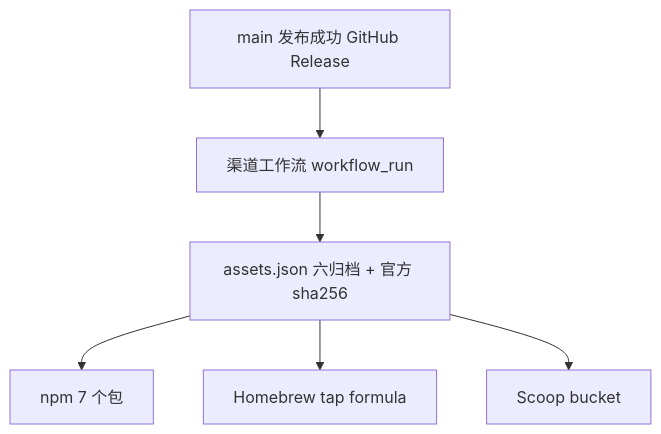
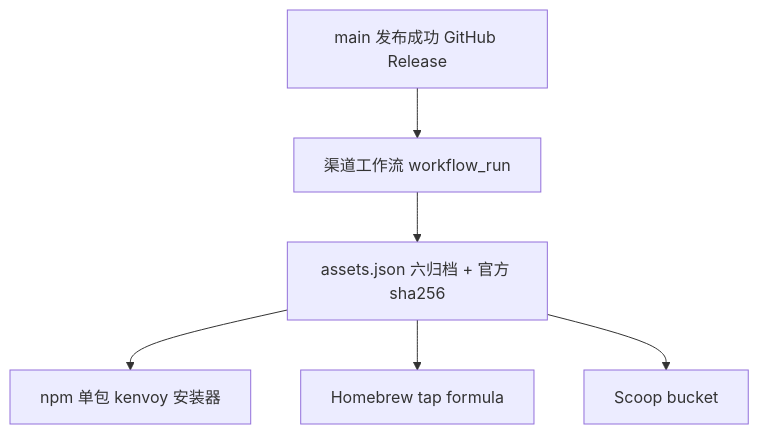
Before and after one commit to zerobiubiu/kenvoy: the diagram in docs/operations/distribution-channels.md, drawn with Mermaid. The commit also changed other lines of this file and 34 other files, not shown here.

````diff
--- a/docs/operations/distribution-channels.md
+++ b/docs/operations/distribution-channels.md
@@ -7,8 +7,8 @@
 ```mermaid
 flowchart TD
   A[main 发布成功 GitHub Release] --> B[渠道工作流 workflow_run]
   B --> C[assets.json 六归档 + 官方 sha256]
-  C --> D[npm 7 个包]
+  C --> D[npm 单包 kenvoy 安装器]
   C --> E[Homebrew tap formula]
   C --> F[Scoop bucket]
 ```
````
